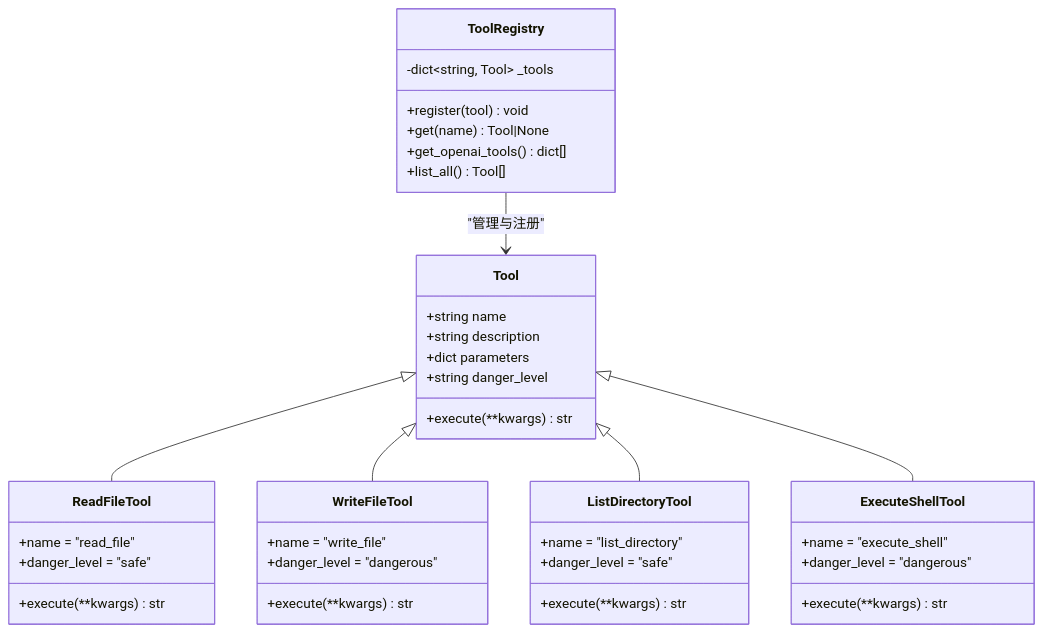
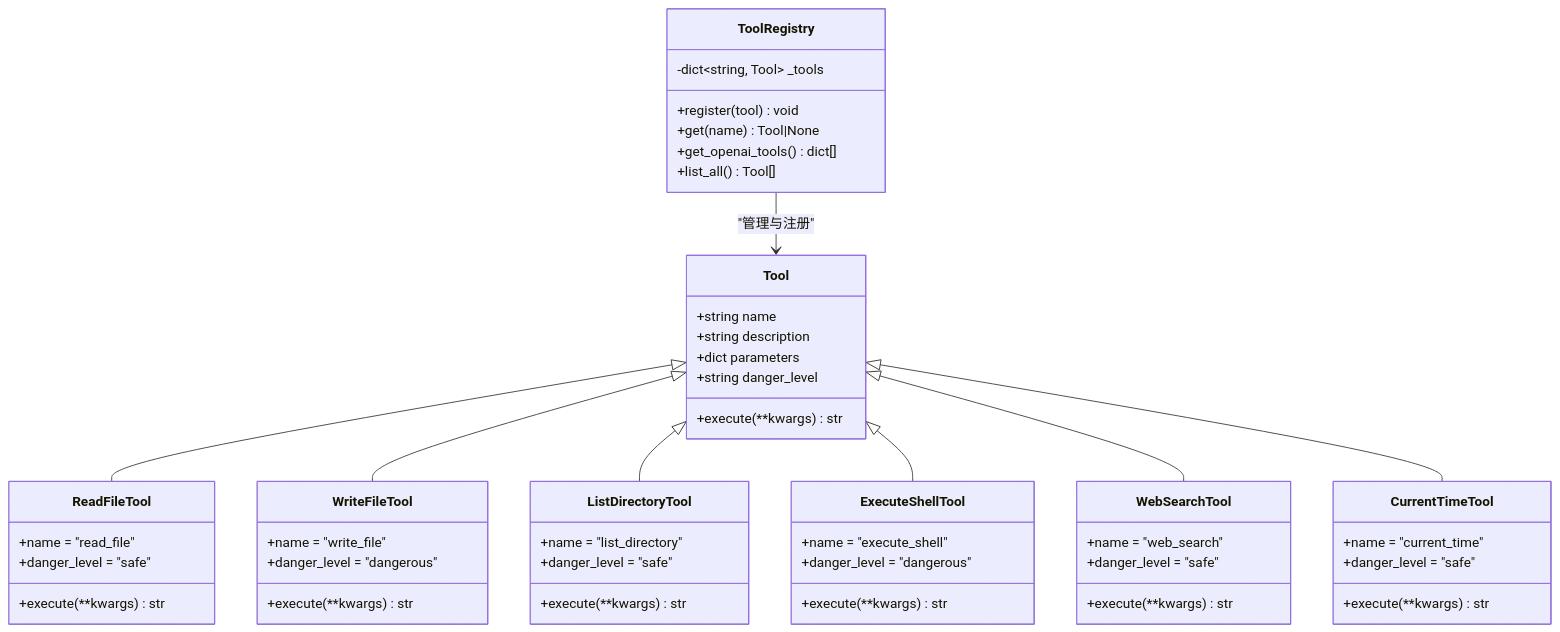
Before and after one commit to 250shiwo/MySmallAgent: the fourth of 5 diagrams in .qoder/repowiki/zh/content/快速开始.md, drawn with Mermaid. The commit also changed other lines of this file and 34 other files, not shown here.

````diff
--- a/.qoder/repowiki/zh/content/快速开始.md
+++ b/.qoder/repowiki/zh/content/快速开始.md
@@ -208,42 +291,54 @@
 ```mermaid
 classDiagram
 class Tool {
 +string name
 +string description
 +dict parameters
 +string danger_level
 +execute(**kwargs) str
 }
 class ToolRegistry {
 -dict~string, Tool~ _tools
 +register(tool) void
 +get(name) Tool|None
 +get_openai_tools() dict[]
 +list_all() Tool[]
 }
 class ReadFileTool {
 +name = "read_file"
 +danger_level = "safe"
 +execute(**kwargs) str
 }
 class WriteFileTool {
 +name = "write_file"
 +danger_level = "dangerous"
 +execute(**kwargs) str
 }
 class ListDirectoryTool {
 +name = "list_directory"
 +danger_level = "safe"
 +execute(**kwargs) str
 }
 class ExecuteShellTool {
 +name = "execute_shell"
 +danger_level = "dangerous"
 +execute(**kwargs) str
 }
+class WebSearchTool {
++name = "web_search"
++danger_level = "safe"
++execute(**kwargs) str
+}
+class CurrentTimeTool {
++name = "current_time"
++danger_level = "safe"
++execute(**kwargs) str
+}
 Tool <|-- ReadFileTool
 Tool <|-- WriteFileTool
 Tool <|-- ListDirectoryTool
 Tool <|-- ExecuteShellTool
+Tool <|-- WebSearchTool
+Tool <|-- CurrentTimeTool
 ToolRegistry --> Tool : "管理与注册"
 ```
````
